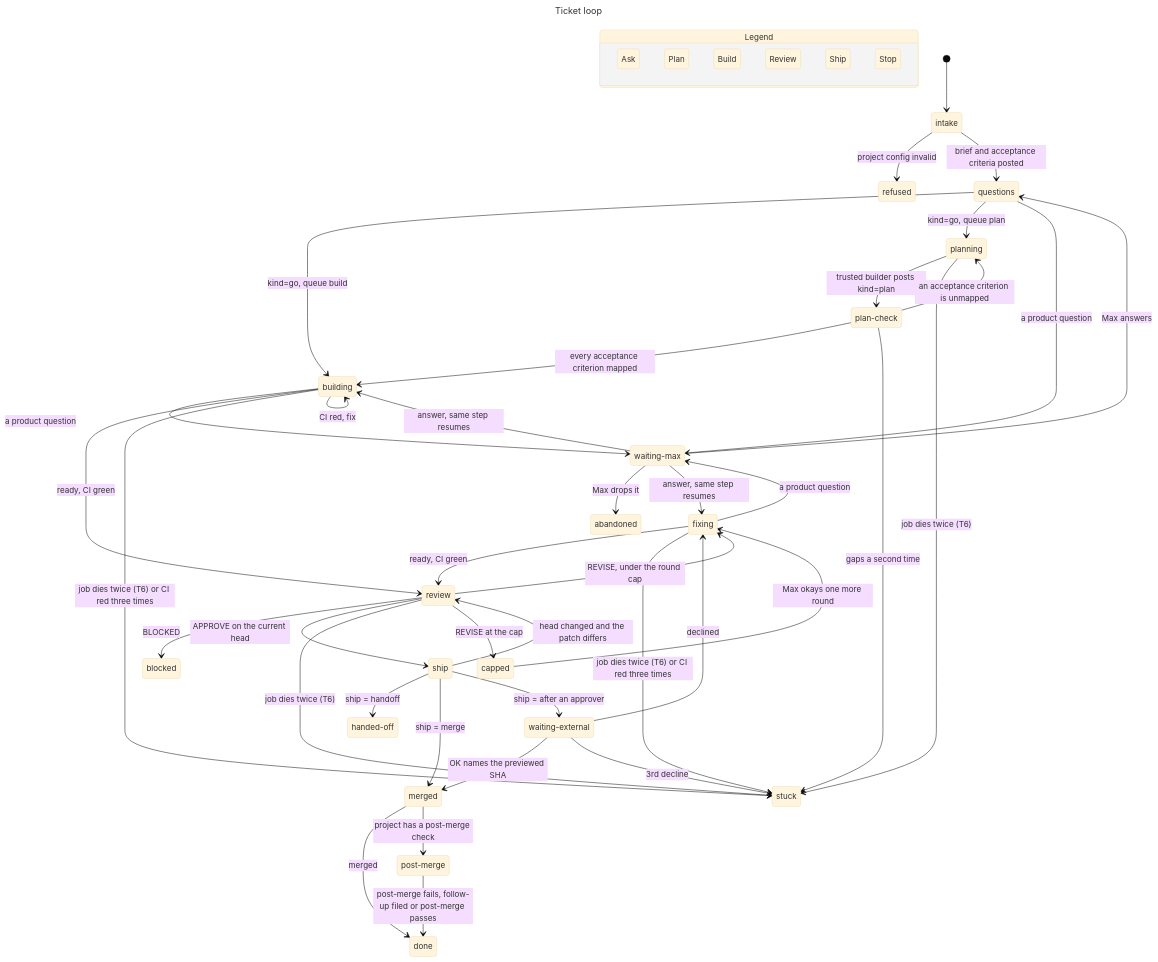
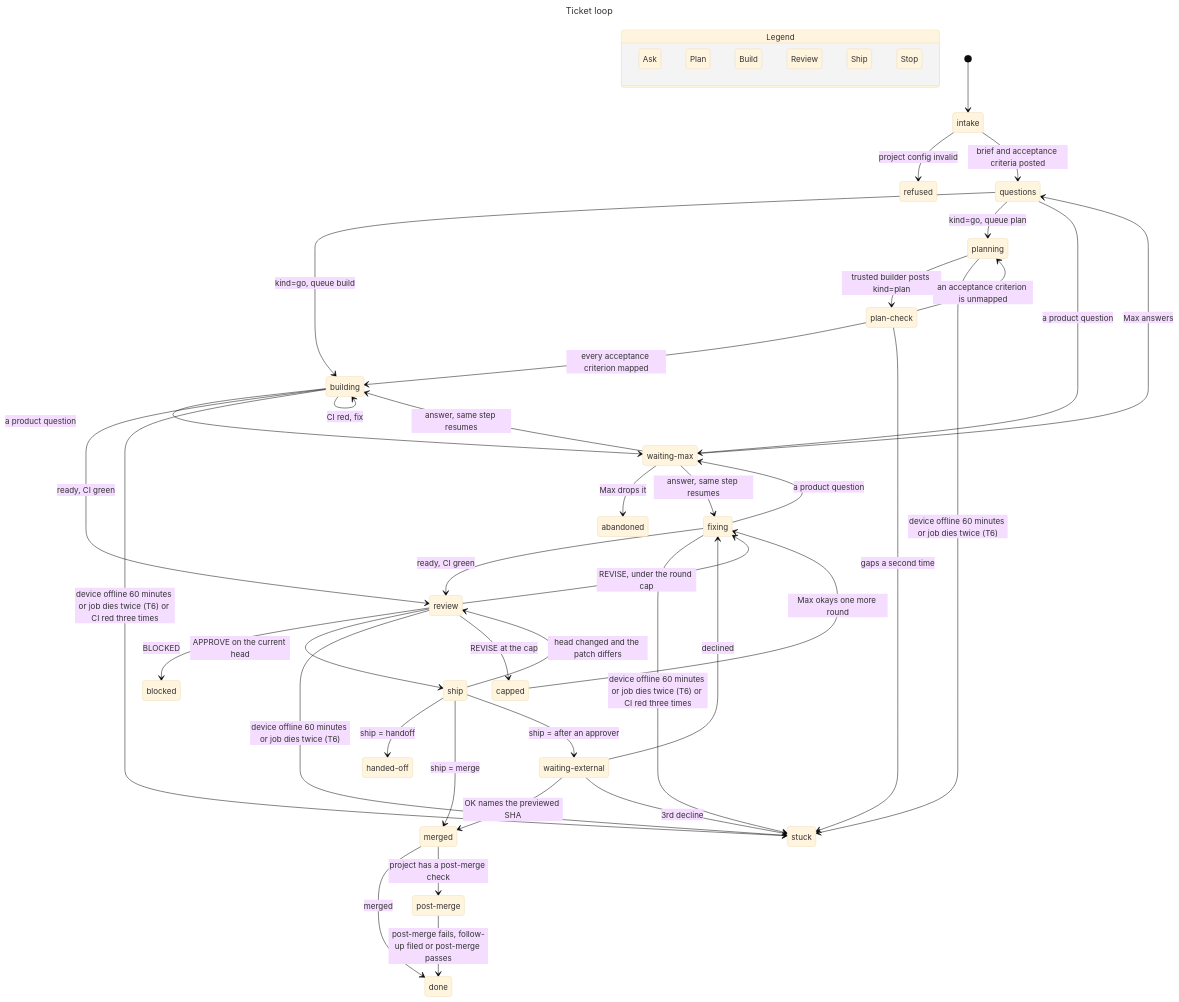
One commit to maxharris1/factory changed the diagram in model/chart.mmd. Above: the diagram before and after it, drawn with Mermaid (base theme). The commit also changed 2 other files, not shown here.

Commit message:
feat(model): add T6DeviceOffline to the orchestrator statechart
A job state goes straight to stuck when its device has been offline for
60 minutes (F2-02). No new state pair; the four job-state -> stuck edges
gain the reason, and model/chart.mmd is regenerated from chart-all.cfg.

```diff
--- a/model/chart.mmd
+++ b/model/chart.mmd
@@ -1,94 +1,94 @@
 ---
 title: "Ticket loop"
 ---
 stateDiagram-v2
   state "Legend" as legend {
     lg0: Ask
     lg1: Plan
     lg2: Build
     lg3: Review
     lg4: Ship
     lg5: Stop
   }
   class lg0 blue
   class lg1 purple
   class lg2 orange
   class lg3 yellow
   class lg4 teal
   class lg5 tan
   s0: intake
   s1: questions
   s2: refused
   s3: building
   s4: planning
   s5: waiting-max
   s6: abandoned
   s7: plan-check
   s8: review
-  s9: blocked
-  s10: ship
-  s11: stuck
+  s9: stuck
+  s10: blocked
+  s11: ship
   s12: fixing
   s13: handed-off
   s14: merged
   s15: waiting-external
   s16: done
   s17: post-merge
   s18: capped
   [*] --> s0
   s0 --> s2: project config invalid
   s0 --> s1: brief and acceptance criteria posted
   s1 --> s3: kind=go, queue build
   s1 --> s4: kind=go, queue plan
   s1 --> s5: a product question
   s3 --> s5: a product question
   s3 --> s8: ready, CI green
+  s3 --> s9: device offline 60 minutes or job dies twice (T6) or CI red three times
   s4 --> s7: trusted builder posts kind=plan
+  s4 --> s9: device offline 60 minutes or job dies twice (T6)
   s5 --> s1: Max answers
   s5 --> s6: Max drops it
   s5 --> s3: answer, same step resumes
   s7 --> s3: every acceptance criterion mapped
   s7 --> s4: an acceptance criterion is unmapped
-  s8 --> s9: BLOCKED
-  s8 --> s10: APPROVE on the current head
+  s8 --> s10: BLOCKED
+  s8 --> s11: APPROVE on the current head
+  s8 --> s9: device offline 60 minutes or job dies twice (T6)
   s8 --> s12: REVISE, under the round cap
-  s3 --> s11: job dies twice (T6) or CI red three times
-  s4 --> s11: job dies twice (T6)
-  s10 --> s8: head changed and the patch differs
-  s10 --> s13: ship = handoff
-  s10 --> s14: ship = merge
-  s10 --> s15: ship = after an approver
-  s8 --> s11: job dies twice (T6)
+  s11 --> s8: head changed and the patch differs
+  s11 --> s13: ship = handoff
+  s11 --> s14: ship = merge
+  s11 --> s15: ship = after an approver
   s12 --> s5: a product question
   s12 --> s8: ready, CI green
+  s12 --> s9: device offline 60 minutes or job dies twice (T6) or CI red three times
   s5 --> s12: answer, same step resumes
   s14 --> s16: merged
   s14 --> s17: project has a post-merge check
   s15 --> s14: OK names the previewed SHA
   s15 --> s12: declined
-  s7 --> s11: gaps a second time
-  s12 --> s11: job dies twice (T6) or CI red three times
+  s7 --> s9: gaps a second time
   s17 --> s16: post-merge fails, follow-up filed or post-merge passes
   s8 --> s18: REVISE at the cap
   s18 --> s12: Max okays one more round
-  s15 --> s11: 3rd decline
+  s15 --> s9: 3rd decline
   s3 --> s3: CI red, fix
   class s0 blue
   class s1 blue
   class s2 tan
   class s3 orange
   class s4 purple
   class s5 blue
   class s6 tan
   class s7 purple
   class s8 yellow
   class s9 tan
-  class s10 teal
-  class s11 tan
+  class s10 tan
+  class s11 teal
   class s12 orange
   class s13 teal
   class s14 teal
   class s15 teal
   class s16 teal
   class s17 teal
   class s18 yellow
```
